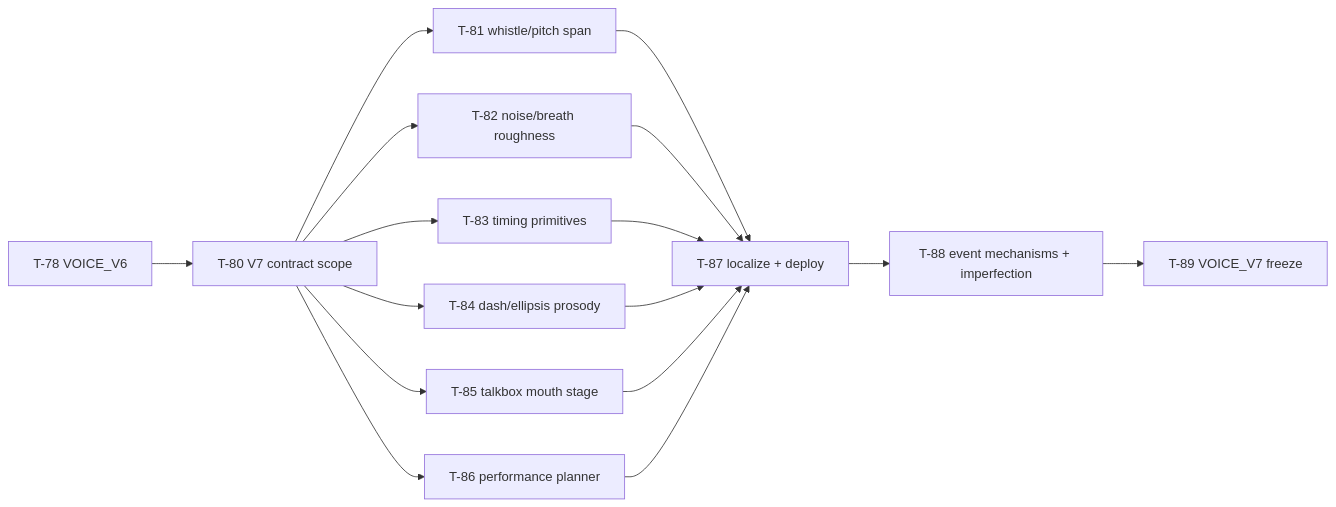
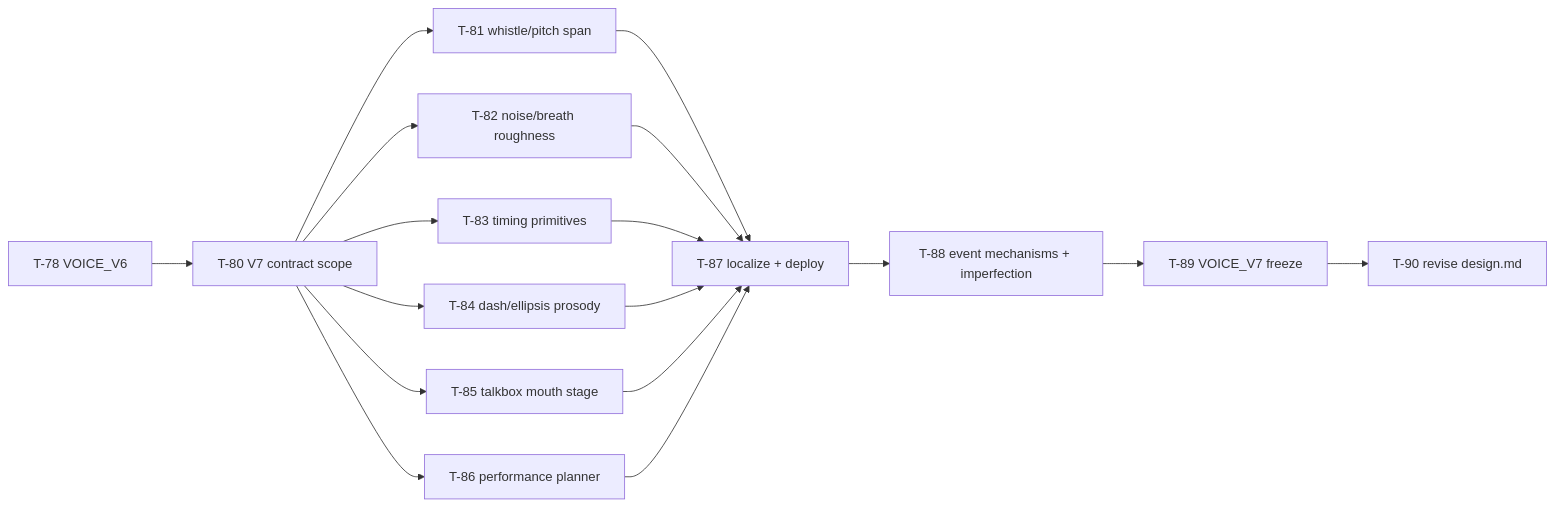
Before and after one commit to skeswa/dootdoot: the fourth of 4 diagrams in docs/plan.md, drawn with Mermaid. The commit also changed other lines of this file, not shown here.

First line of the commit message:
Add design.md full-revision task to VOICE_V7 plan

````diff
--- a/docs/plan.md
+++ b/docs/plan.md
@@ -598,18 +614,19 @@
 ```mermaid
 flowchart LR
     T78[T-78 VOICE_V6] --> T80[T-80 V7 contract scope]
     T80 --> T81[T-81 whistle/pitch span]
     T80 --> T82[T-82 noise/breath roughness]
     T80 --> T83[T-83 timing primitives]
     T80 --> T84[T-84 dash/ellipsis prosody]
     T80 --> T85[T-85 talkbox mouth stage]
     T80 --> T86[T-86 performance planner]
     T81 --> T87[T-87 localize + deploy]
     T82 --> T87
     T83 --> T87
     T84 --> T87
     T85 --> T87
     T86 --> T87
     T87 --> T88[T-88 event mechanisms + imperfection]
     T88 --> T89[T-89 VOICE_V7 freeze]
+    T89 --> T90[T-90 revise design.md]
 ```
````
